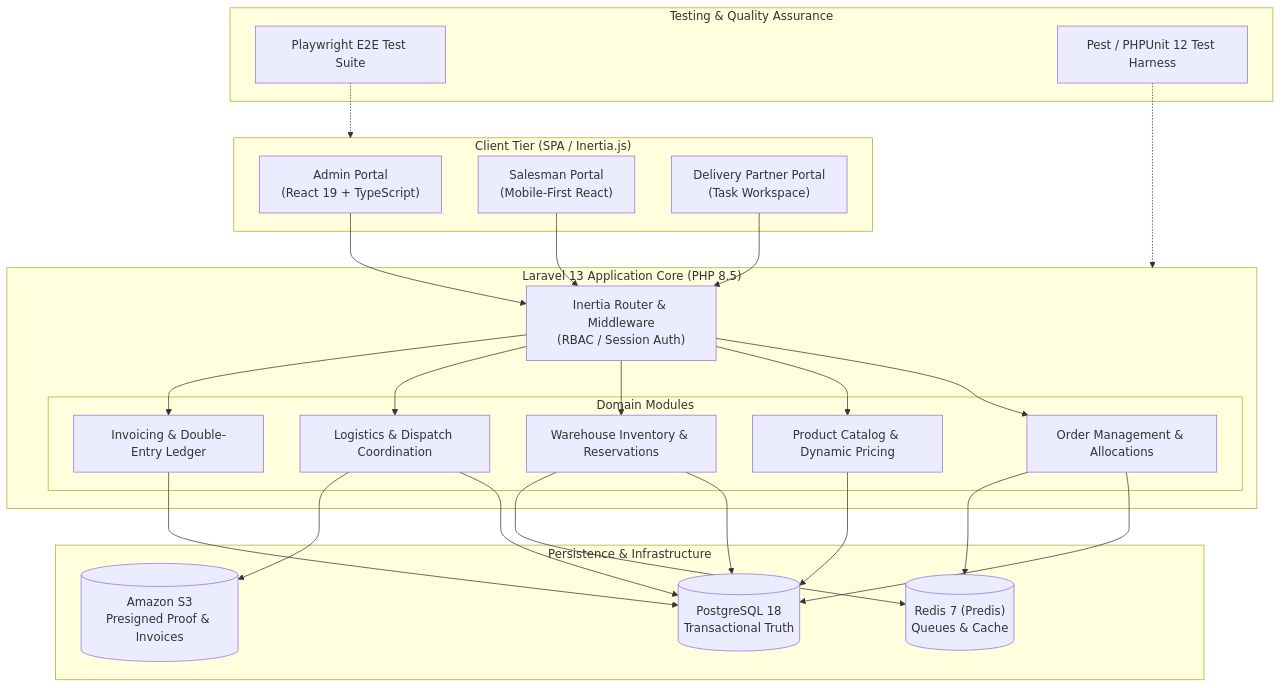
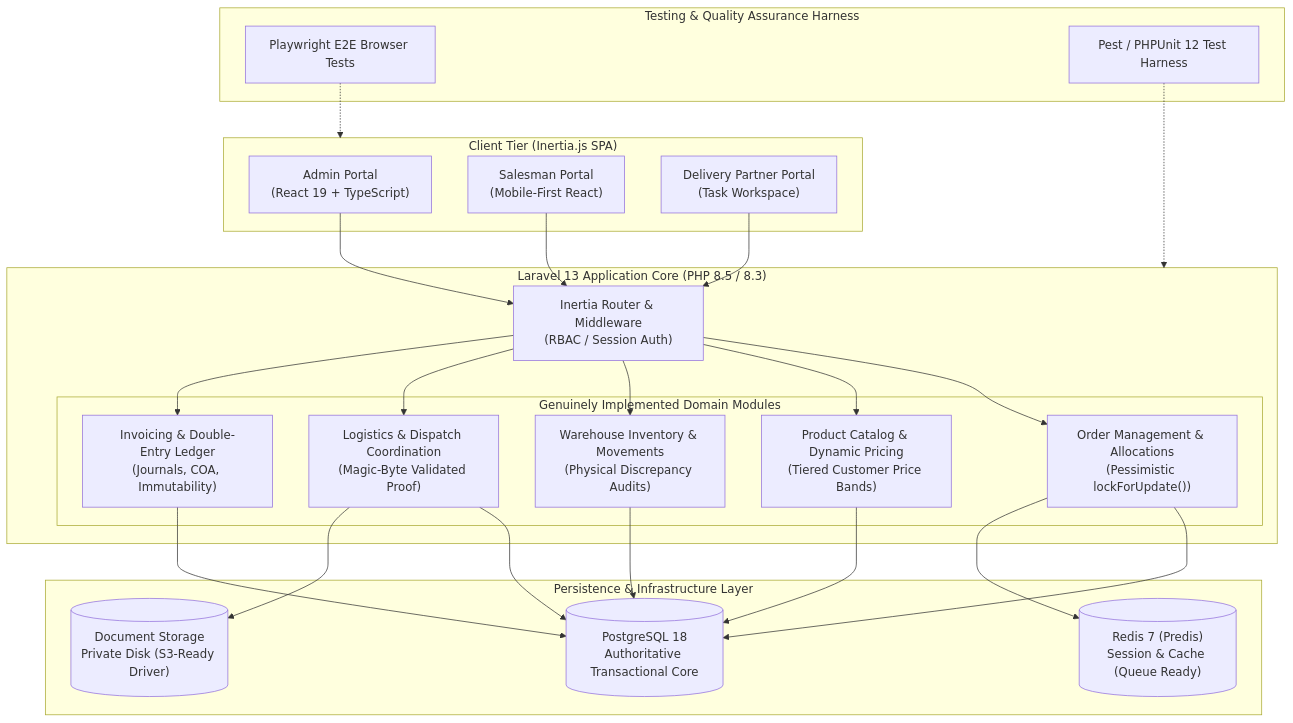
One commit to AngulaBadrinath/AngulaBadrinath changed the diagram in assets/diagrams/source/ujw-architecture.mmd. Above: the diagram before and after it, drawn with Mermaid. The commit also changed 21 other files, not shown here.

Commit message:
fix(hardening): align diagrams with verified codebases, harden validator, and document security advisory

```diff
--- a/assets/diagrams/source/ujw-architecture.mmd
+++ b/assets/diagrams/source/ujw-architecture.mmd
@@ -1,53 +1,53 @@
 %% Unique Jersey Wholesale — Modular Monolith Architecture
+%% Hardened against codebase audit: verified Laravel 13, React 19, PostgreSQL 18, row locking
 flowchart TB
-  subgraph CLIENT["Client Tier (SPA / Inertia.js)"]
+  subgraph CLIENT["Client Tier (Inertia.js SPA)"]
     AdminUI["Admin Portal\n(React 19 + TypeScript)"]
     SalesUI["Salesman Portal\n(Mobile-First React)"]
     DeliveryUI["Delivery Partner Portal\n(Task Workspace)"]
   end
 
-  subgraph CORE["Laravel 13 Application Core (PHP 8.5)"]
+  subgraph CORE["Laravel 13 Application Core (PHP 8.5 / 8.3)"]
     Router["Inertia Router & Middleware\n(RBAC / Session Auth)"]
     
-    subgraph MODULES["Domain Modules"]
-      OrderMod["Order Management & Allocations"]
-      CatalogMod["Product Catalog & Dynamic Pricing"]
-      InventoryMod["Warehouse Inventory & Reservations"]
-      DeliveryMod["Logistics & Dispatch Coordination"]
-      FinanceMod["Invoicing & Double-Entry Ledger"]
+    subgraph MODULES["Genuinely Implemented Domain Modules"]
+      OrderMod["Order Management & Allocations\n(Pessimistic lockForUpdate())"]
+      CatalogMod["Product Catalog & Dynamic Pricing\n(Tiered Customer Price Bands)"]
+      InventoryMod["Warehouse Inventory & Movements\n(Physical Discrepancy Audits)"]
+      DeliveryMod["Logistics & Dispatch Coordination\n(Magic-Byte Validated Proof)"]
+      FinanceMod["Invoicing & Double-Entry Ledger\n(Journals, COA, Immutability)"]
     end
   end
 
-  subgraph STORAGE["Persistence & Infrastructure"]
-    PG[("PostgreSQL 18\nTransactional Truth")]
-    Redis[("Redis 7 (Predis)\nQueues & Cache")]
-    S3[("Amazon S3\nPresigned Proof & Invoices")]
+  subgraph STORAGE["Persistence & Infrastructure Layer"]
+    PG[("PostgreSQL 18\nAuthoritative Transactional Core")]
+    Redis[("Redis 7 (Predis)\nSession & Cache (Queue Ready)")]
+    Disk[("Document Storage\nPrivate Disk (S3-Ready Driver)")]
   end
 
-  subgraph QA["Testing & Quality Assurance"]
-    Playwright["Playwright E2E Test Suite"]
+  subgraph QA["Testing & Quality Assurance Harness"]
+    Playwright["Playwright E2E Browser Tests"]
     Pest["Pest / PHPUnit 12 Test Harness"]
   end
 
   AdminUI --> Router
   SalesUI --> Router
   DeliveryUI --> Router
 
   Router --> OrderMod
   Router --> CatalogMod
   Router --> InventoryMod
   Router --> DeliveryMod
   Router --> FinanceMod
 
   OrderMod --> PG
   CatalogMod --> PG
   InventoryMod --> PG
   DeliveryMod --> PG
   FinanceMod --> PG
 
   OrderMod --> Redis
-  InventoryMod --> Redis
-  DeliveryMod --> S3
+  DeliveryMod --> Disk
 
   Playwright -.-> CLIENT
   Pest -.-> CORE
```
